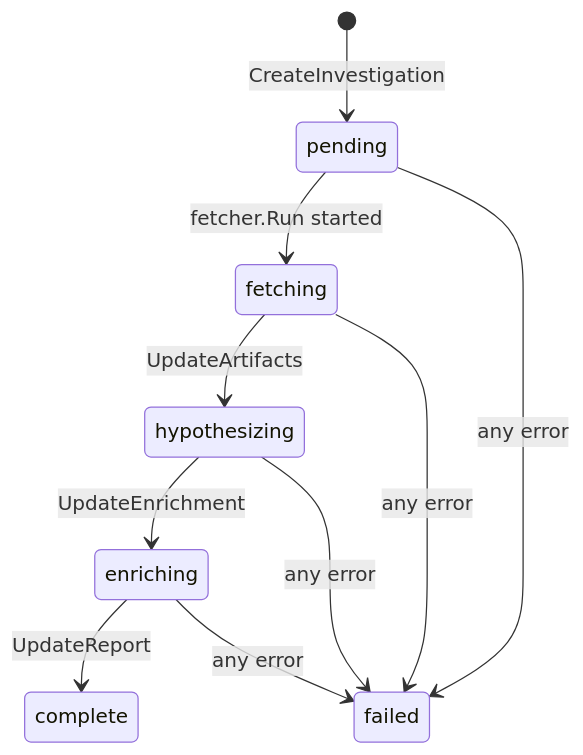
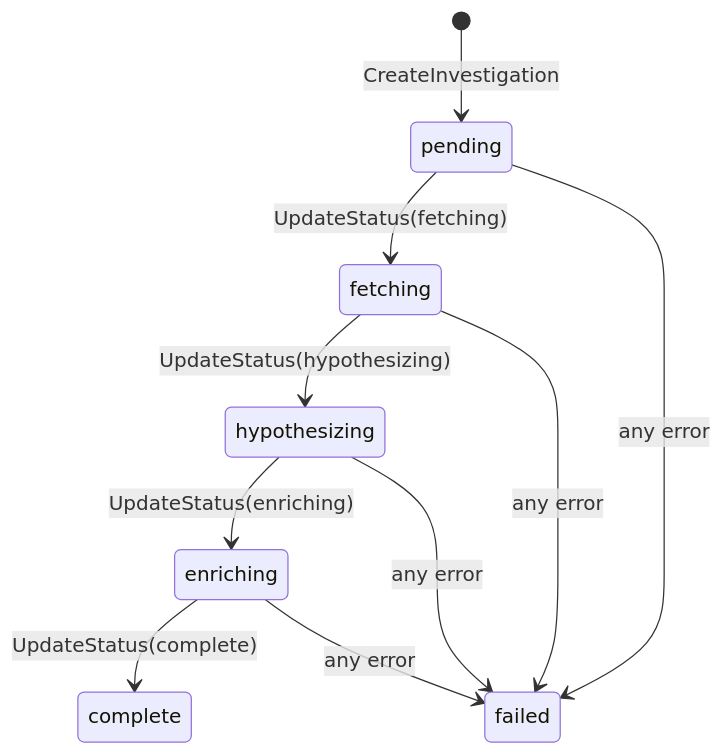
The second of 2 diagrams in docs/data-model.md (Aslanchik/go-phish), drawn with Mermaid before and after one commit. The commit also changed 5 other files, not shown here.

````diff
--- a/docs/data-model.md
+++ b/docs/data-model.md
@@ -41,12 +41,12 @@
 ```mermaid
 stateDiagram-v2
     [*] --> pending : CreateInvestigation
-    pending --> fetching : fetcher.Run started
-    fetching --> hypothesizing : UpdateArtifacts
-    hypothesizing --> enriching : UpdateEnrichment
-    enriching --> complete : UpdateReport
+    pending --> fetching : UpdateStatus(fetching)
+    fetching --> hypothesizing : UpdateStatus(hypothesizing)
+    hypothesizing --> enriching : UpdateStatus(enriching)
+    enriching --> complete : UpdateStatus(complete)
     pending --> failed : any error
     fetching --> failed : any error
     hypothesizing --> failed : any error
     enriching --> failed : any error
 ```
````
